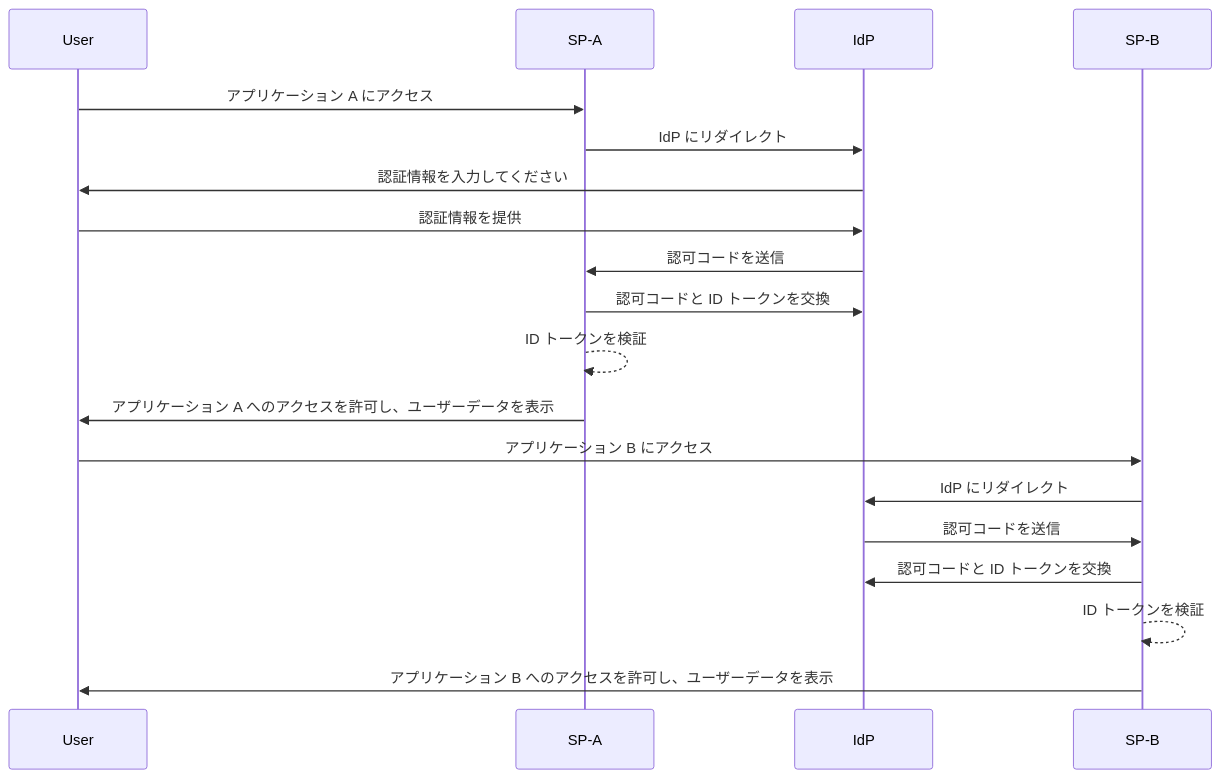
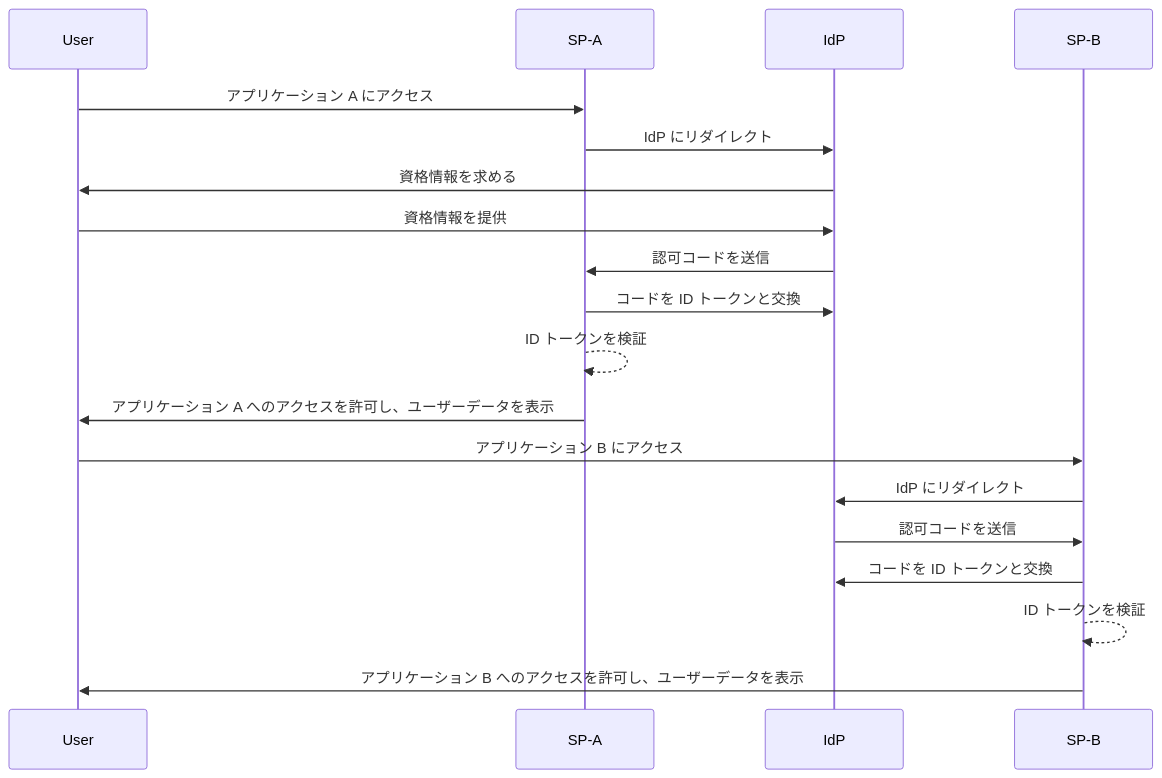
One commit to logto-io/auth-wiki changed the second of 2 diagrams in src/content/terms/ja/single-sign-on.mdx. Above: the diagram before and after it, drawn with Mermaid. The commit also changed other lines of this file and 48 other files, not shown here.

````diff
--- a/src/content/terms/ja/single-sign-on.mdx
+++ b/src/content/terms/ja/single-sign-on.mdx
@@ -54,22 +54,22 @@
 ```mermaid
 sequenceDiagram
     participant User
     participant SP-A
     participant IdP
     participant SP-B
 
     User->>SP-A: アプリケーション A にアクセス
     SP-A->>IdP: IdP にリダイレクト
-    IdP->>User: 認証情報を入力してください
-    User->>IdP: 認証情報を提供
+    IdP->>User: 資格情報を求める
+    User->>IdP: 資格情報を提供
     IdP->>SP-A: 認可コードを送信
-    SP-A->>IdP: 認可コードと ID トークンを交換
+    SP-A->>IdP: コードを ID トークンと交換
     SP-A-->>SP-A: ID トークンを検証
     SP-A->>User: アプリケーション A へのアクセスを許可し、ユーザーデータを表示
     User->>SP-B: アプリケーション B にアクセス
     SP-B->>IdP: IdP にリダイレクト
     IdP->>SP-B: 認可コードを送信
-    SP-B->>IdP: 認可コードと ID トークンを交換
+    SP-B->>IdP: コードを ID トークンと交換
     SP-B-->>SP-B: ID トークンを検証
     SP-B->>User: アプリケーション B へのアクセスを許可し、ユーザーデータを表示
 ```
````
